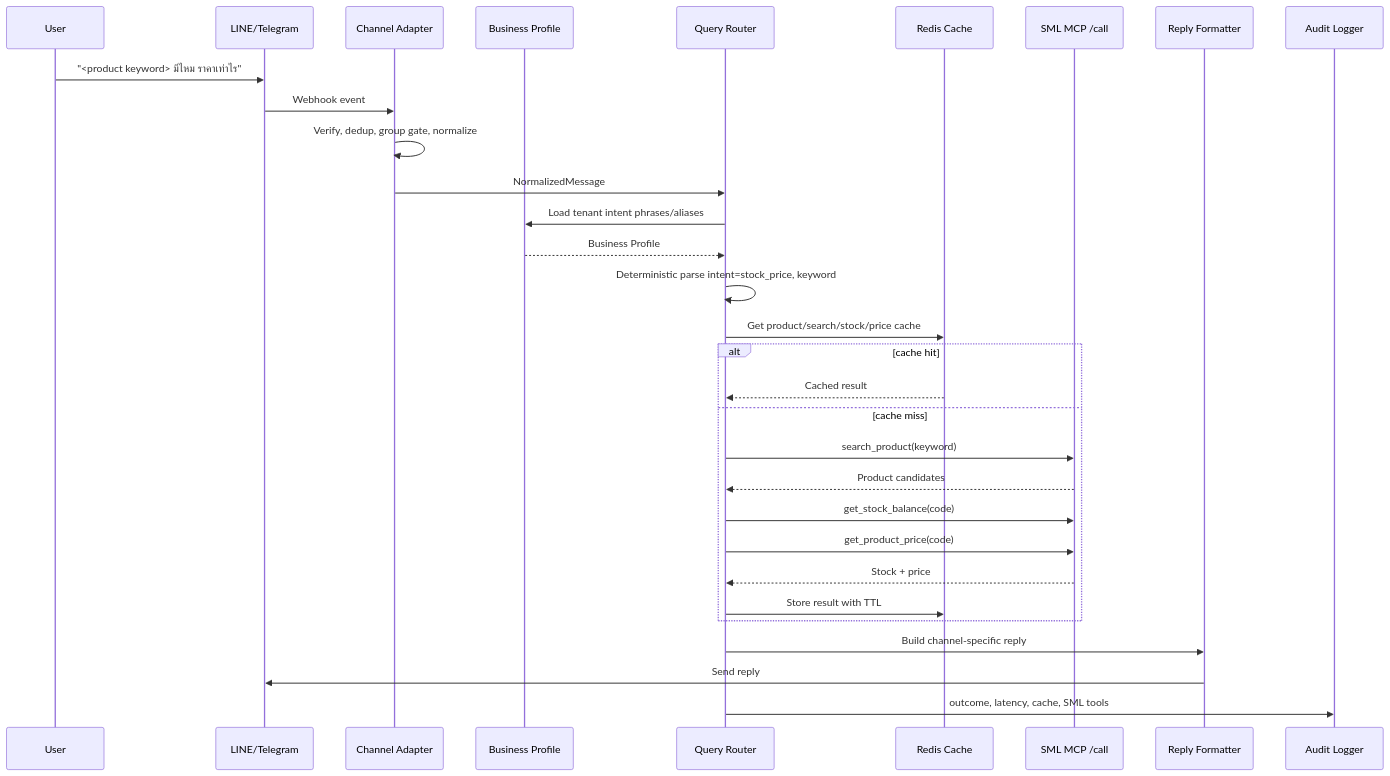
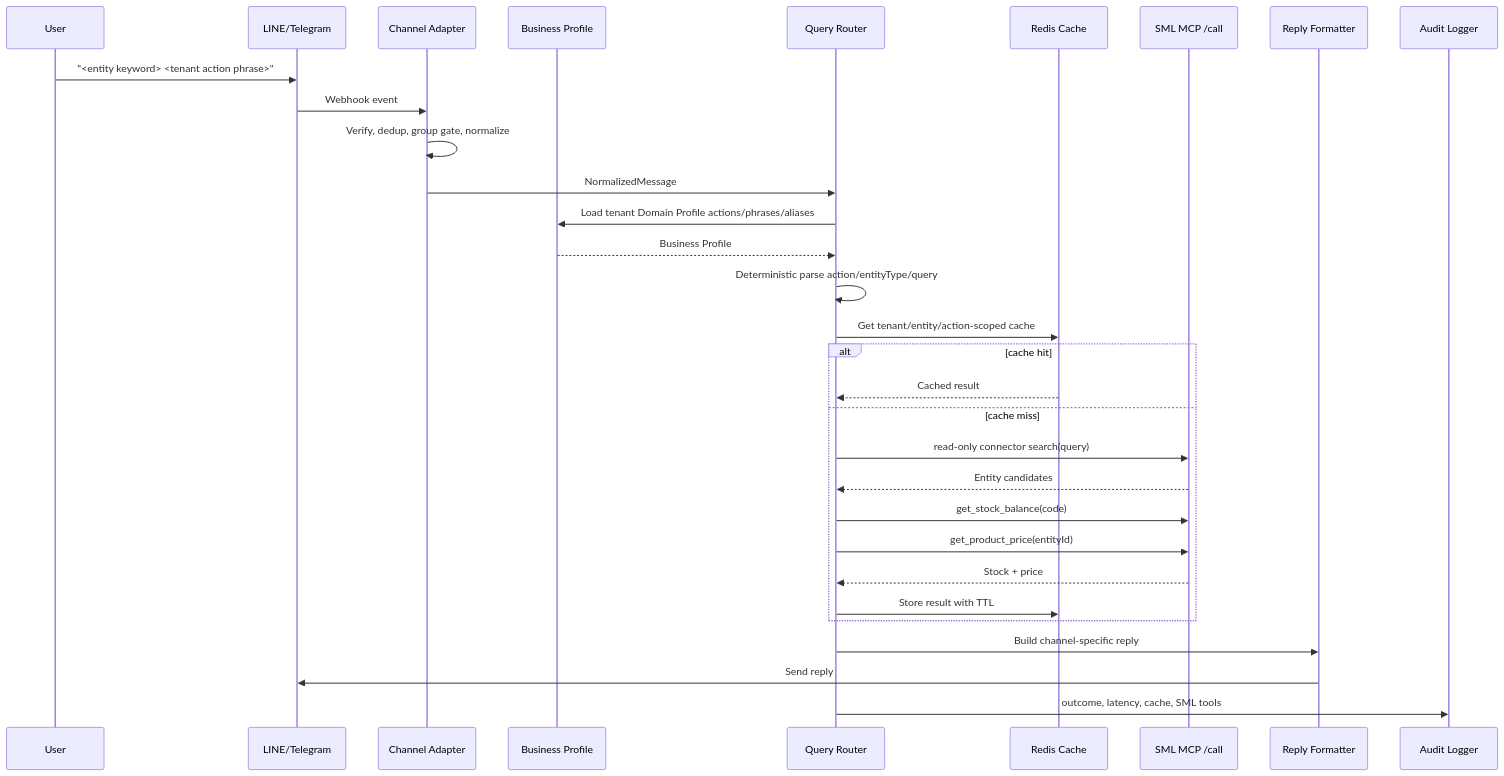
One commit to bosocmputer/Enterprise-Multi-Agent-Multi-Department-Chatbot-Platform changed the first of 3 diagrams in docs/data-flow.md. Above: the diagram before and after it, drawn with Mermaid. The commit also changed other lines of this file and 26 other files, not shown here.

````diff
--- a/docs/data-flow.md
+++ b/docs/data-flow.md
@@ -7,34 +7,34 @@
 ```mermaid
 sequenceDiagram
   participant User
   participant Channel as LINE/Telegram
   participant Adapter as Channel Adapter
   participant Profile as Business Profile
   participant Router as Query Router
   participant Cache as Redis Cache
   participant SML as SML MCP /call
   participant Reply as Reply Formatter
   participant Audit as Audit Logger
 
-  User->>Channel: "<product keyword> มีไหม ราคาเท่าไร"
+  User->>Channel: "<entity keyword> <tenant action phrase>"
   Channel->>Adapter: Webhook event
   Adapter->>Adapter: Verify, dedup, group gate, normalize
   Adapter->>Router: NormalizedMessage
-  Router->>Profile: Load tenant intent phrases/aliases
+  Router->>Profile: Load tenant Domain Profile actions/phrases/aliases
   Profile-->>Router: Business Profile
-  Router->>Router: Deterministic parse intent=stock_price, keyword
-  Router->>Cache: Get product/search/stock/price cache
+  Router->>Router: Deterministic parse action/entityType/query
+  Router->>Cache: Get tenant/entity/action-scoped cache
   alt cache hit
     Cache-->>Router: Cached result
   else cache miss
-    Router->>SML: search_product(keyword)
-    SML-->>Router: Product candidates
+    Router->>SML: read-only connector search(query)
+    SML-->>Router: Entity candidates
     Router->>SML: get_stock_balance(code)
-    Router->>SML: get_product_price(code)
+    Router->>SML: get_product_price(entityId)
     SML-->>Router: Stock + price
     Router->>Cache: Store result with TTL
   end
   Router->>Reply: Build channel-specific reply
   Reply->>Channel: Send reply
   Router->>Audit: outcome, latency, cache, SML tools
 ```
````
